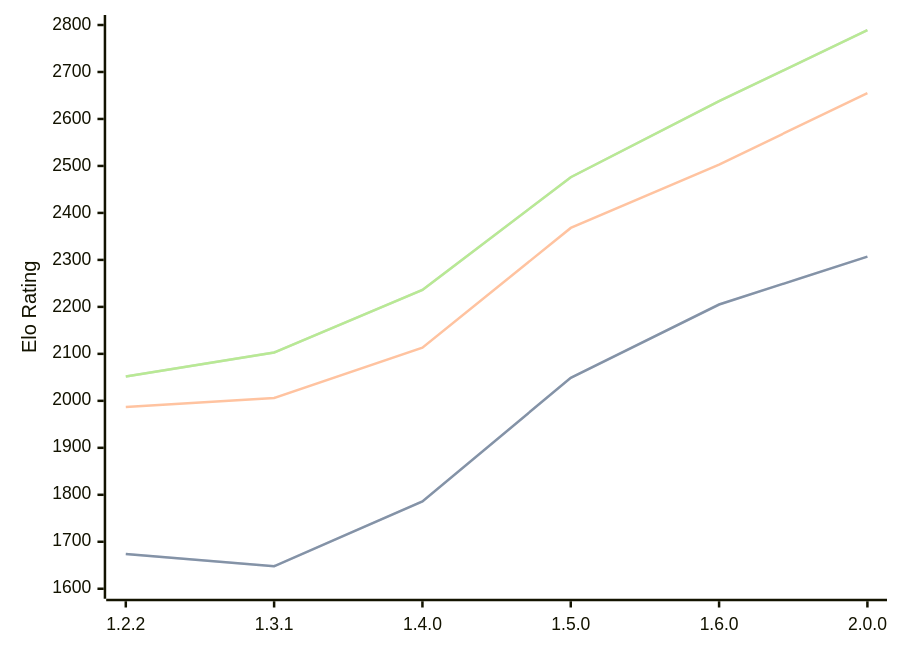
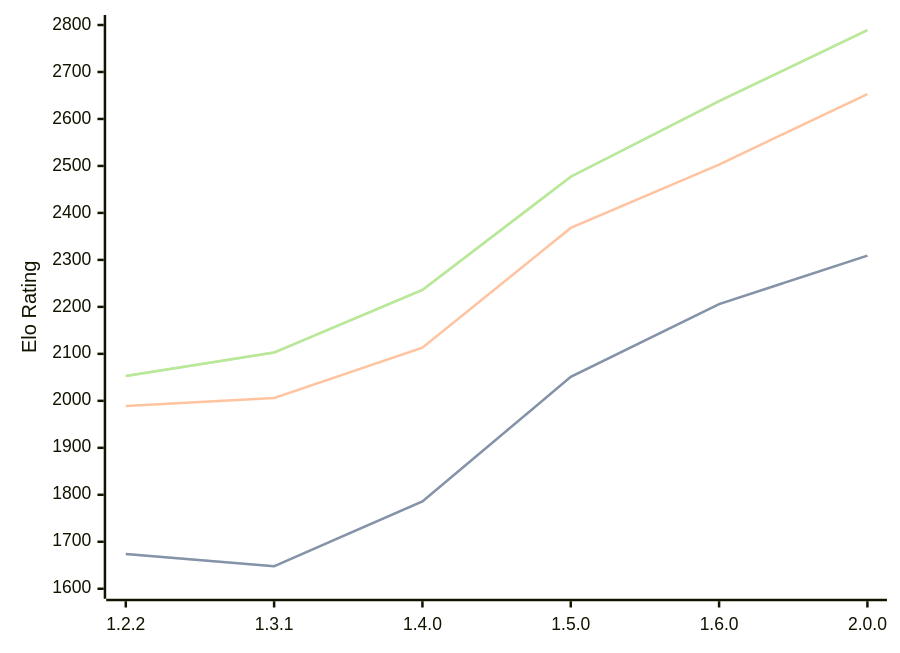
The diagram in engines/SoloEngine.md (computer-chess-index/cci), drawn with Mermaid before and after one commit. The commit also changed other lines of this file, not shown here.

Commit message:
Update CCI Ratings (ELO VLTC) - 2026-04-03

````diff
--- a/engines/SoloEngine.md
+++ b/engines/SoloEngine.md
@@ -36,11 +36,11 @@
 ```mermaid
 %%{init: {"theme":"base","themeVariables":{"seriesColors:['#a3a3a3','#222221','#faa371']}}}%%
 xychart-beta
   x-axis ["1.2.2", "1.3.1", "1.4.0", "1.5.0", "1.6.0", "2.0.0"]
   y-axis "Elo Rating" 1600 --> 2800
-  line "STC (8.0+0.08s)" [1674, 1648, 1786, 2049, 2205, 2307]
-  line "STC (8.0+0.08s)" [1674, 1648, 1786, 2049, 2205, 2307]
-  line "LTC (60.0+0.60s)" [1987, 2006, 2113, 2368, 2503, 2655]
-  line "VLTC (2m24s+1.12s)" [2052, 2103, 2236, 2476, 2638, 2789]
-  line "VLTC (2m24s+1.12s)" [2052, 2103, 2236, 2476, 2638, 2789]
+  line "STC (8.0+0.08s)" [1674, 1648, 1786, 2051, 2206, 2309]
+  line "STC (8.0+0.08s)" [1674, 1648, 1786, 2051, 2206, 2309]
+  line "LTC (60.0+0.60s)" [1989, 2006, 2113, 2368, 2503, 2653]
+  line "VLTC (2m24s+1.12s)" [2053, 2103, 2236, 2477, 2638, 2789]
+  line "VLTC (2m24s+1.12s)" [2053, 2103, 2236, 2477, 2638, 2789]
 ```
````
